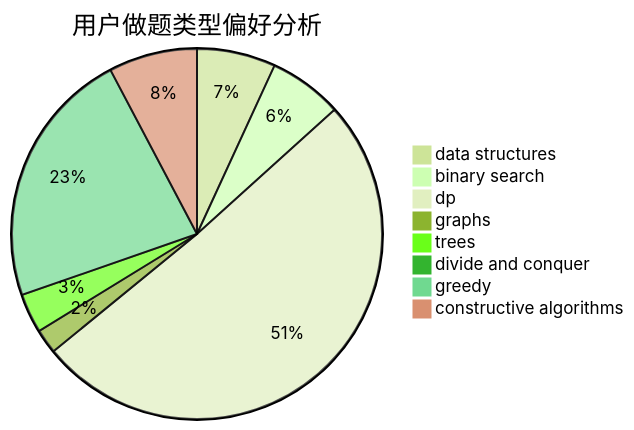
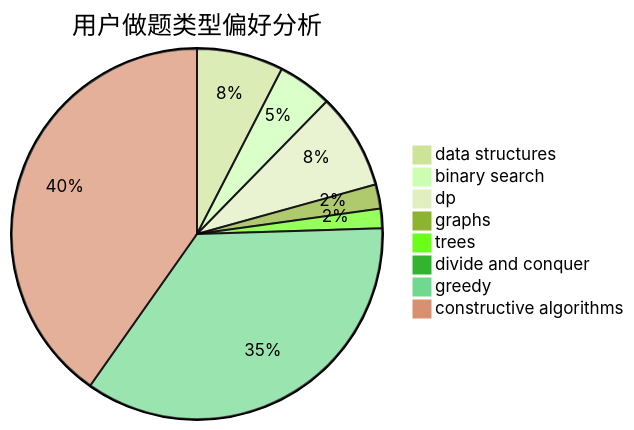
The second of 3 diagrams in docs/user/u2149.md (sherpahu/cfrs.github.io), drawn with Mermaid (forest theme) before and after one commit. The commit also changed other lines of this file and 2770 other files, not shown here.

````diff
--- a/docs/user/u2149.md
+++ b/docs/user/u2149.md
@@ -23,11 +23,11 @@
 ```mermaid
 pie title 用户做题类型偏好分析
-    "data structures" :  48
-    "binary search" :  45
-    "dp" :  355
-    "graphs" :  15
-    "trees" :  24
+    "data structures" :  111
+    "binary search" :  70
+    "dp" :  123
+    "graphs" :  31
+    "trees" :  25
     "divide and conquer" :  0
-    "greedy" :  158
-    "constructive algorithms" :  54
+    "greedy" :  518
+    "constructive algorithms" :  591
 ```
````
